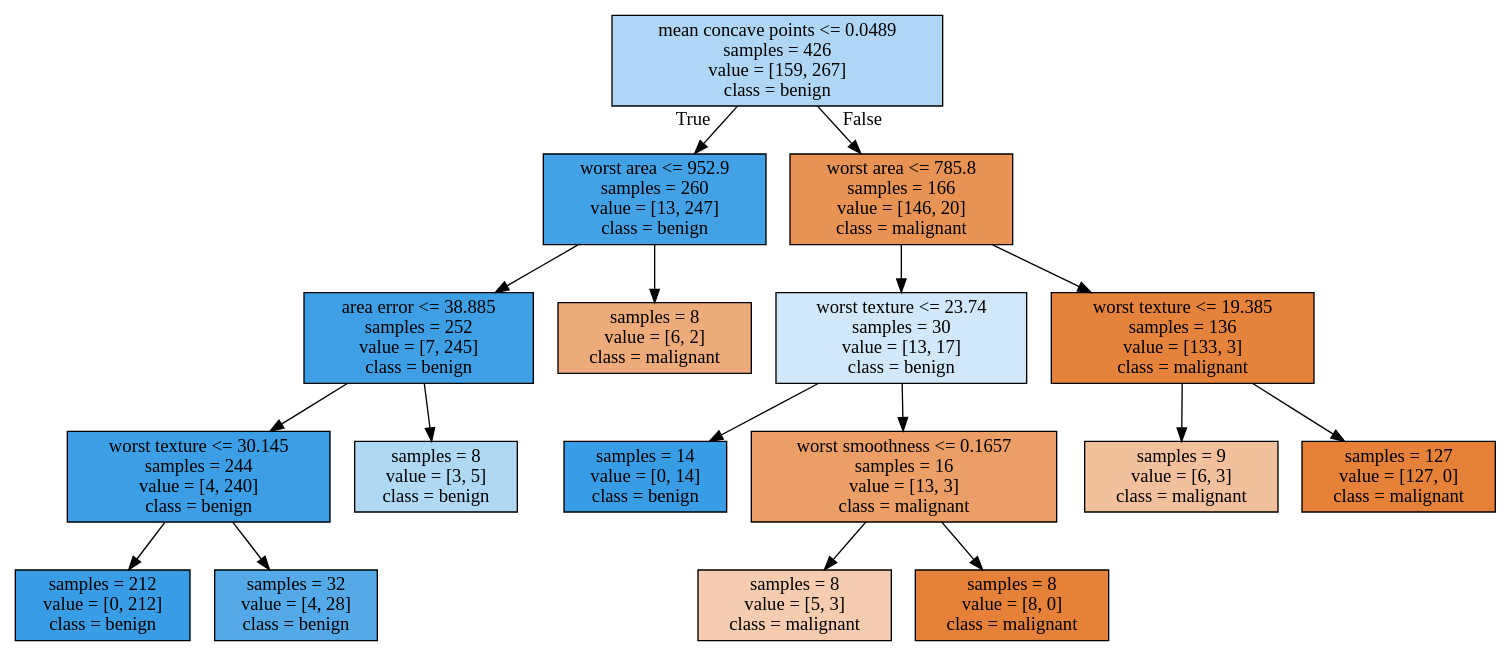
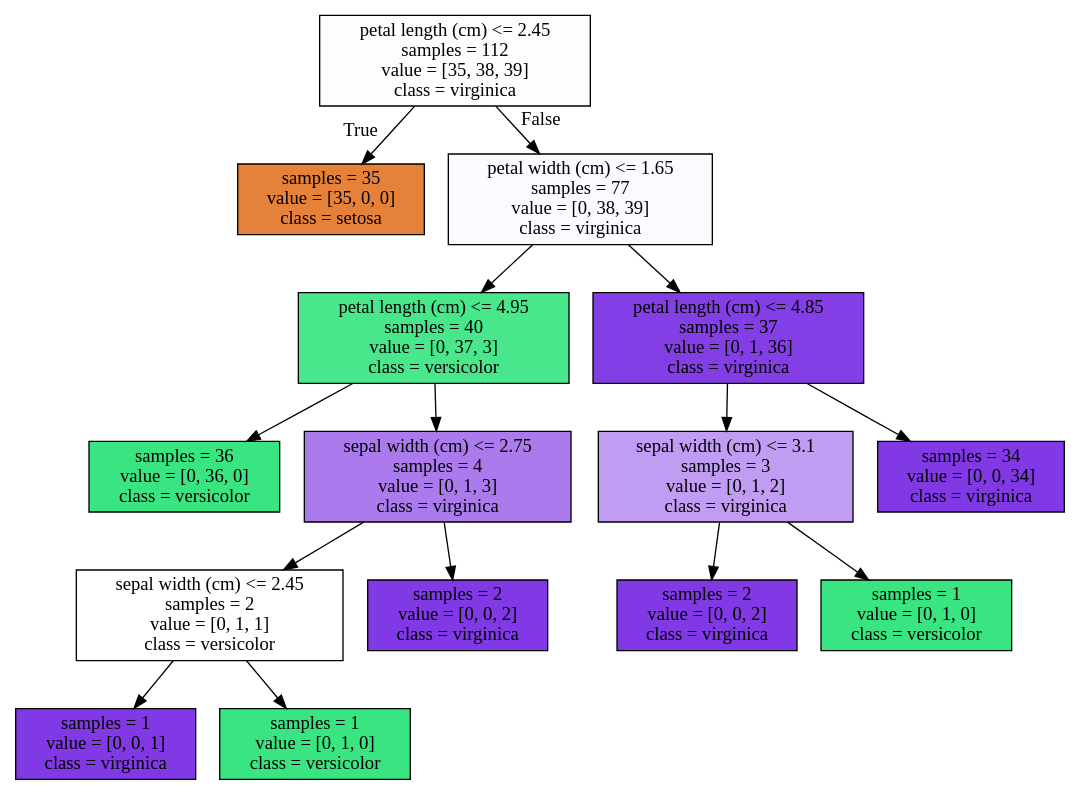
One commit to henriqueumeda/Data-Science-study changed the diagram in UM/03 - Applied Machine Learning in Python/adspy_temp.dot. Above: the diagram before and after it, drawn with Graphviz. The commit also changed 2 other files, not shown here.

```diff
--- a/UM/03 - Applied Machine Learning in Python/adspy_temp.dot
+++ b/UM/03 - Applied Machine Learning in Python/adspy_temp.dot
@@ -1,36 +1,32 @@
 digraph Tree {
 node [shape=box, style="filled", color="black"] ;
-0 [label="mean concave points <= 0.0489\nsamples = 426\nvalue = [159, 267]\nclass = benign", fillcolor="#399de567"] ;
-1 [label="worst area <= 952.9\nsamples = 260\nvalue = [13, 247]\nclass = benign", fillcolor="#399de5f2"] ;
+0 [label="petal length (cm) <= 2.45\nsamples = 112\nvalue = [35, 38, 39]\nclass = virginica", fillcolor="#fdfcff"] ;
+1 [label="samples = 35\nvalue = [35, 0, 0]\nclass = setosa", fillcolor="#e58139"] ;
 0 -> 1 [labeldistance=2.5, labelangle=45, headlabel="True"] ;
-2 [label="area error <= 38.885\nsamples = 252\nvalue = [7, 245]\nclass = benign", fillcolor="#399de5f8"] ;
-1 -> 2 ;
-3 [label="worst texture <= 30.145\nsamples = 244\nvalue = [4, 240]\nclass = benign", fillcolor="#399de5fb"] ;
+2 [label="petal width (cm) <= 1.65\nsamples = 77\nvalue = [0, 38, 39]\nclass = virginica", fillcolor="#fcfafe"] ;
+0 -> 2 [labeldistance=2.5, labelangle=-45, headlabel="False"] ;
+3 [label="petal length (cm) <= 4.95\nsamples = 40\nvalue = [0, 37, 3]\nclass = versicolor", fillcolor="#49e78b"] ;
 2 -> 3 ;
-4 [label="samples = 212\nvalue = [0, 212]\nclass = benign", fillcolor="#399de5ff"] ;
+4 [label="samples = 36\nvalue = [0, 36, 0]\nclass = versicolor", fillcolor="#39e581"] ;
 3 -> 4 ;
-5 [label="samples = 32\nvalue = [4, 28]\nclass = benign", fillcolor="#399de5db"] ;
+5 [label="sepal width (cm) <= 2.75\nsamples = 4\nvalue = [0, 1, 3]\nclass = virginica", fillcolor="#ab7bee"] ;
 3 -> 5 ;
-6 [label="samples = 8\nvalue = [3, 5]\nclass = benign", fillcolor="#399de566"] ;
-2 -> 6 ;
-7 [label="samples = 8\nvalue = [6, 2]\nclass = malignant", fillcolor="#e58139aa"] ;
-1 -> 7 ;
-8 [label="worst area <= 785.8\nsamples = 166\nvalue = [146, 20]\nclass = malignant", fillcolor="#e58139dc"] ;
-0 -> 8 [labeldistance=2.5, labelangle=-45, headlabel="False"] ;
-9 [label="worst texture <= 23.74\nsamples = 30\nvalue = [13, 17]\nclass = benign", fillcolor="#399de53c"] ;
-8 -> 9 ;
-10 [label="samples = 14\nvalue = [0, 14]\nclass = benign", fillcolor="#399de5ff"] ;
-9 -> 10 ;
-11 [label="worst smoothness <= 0.1657\nsamples = 16\nvalue = [13, 3]\nclass = malignant", fillcolor="#e58139c4"] ;
-9 -> 11 ;
-12 [label="samples = 8\nvalue = [5, 3]\nclass = malignant", fillcolor="#e5813966"] ;
+6 [label="sepal width (cm) <= 2.45\nsamples = 2\nvalue = [0, 1, 1]\nclass = versicolor", fillcolor="#ffffff"] ;
+5 -> 6 ;
+7 [label="samples = 1\nvalue = [0, 0, 1]\nclass = virginica", fillcolor="#8139e5"] ;
+6 -> 7 ;
+8 [label="samples = 1\nvalue = [0, 1, 0]\nclass = versicolor", fillcolor="#39e581"] ;
+6 -> 8 ;
+9 [label="samples = 2\nvalue = [0, 0, 2]\nclass = virginica", fillcolor="#8139e5"] ;
+5 -> 9 ;
+10 [label="petal length (cm) <= 4.85\nsamples = 37\nvalue = [0, 1, 36]\nclass = virginica", fillcolor="#843ee6"] ;
+2 -> 10 ;
+11 [label="sepal width (cm) <= 3.1\nsamples = 3\nvalue = [0, 1, 2]\nclass = virginica", fillcolor="#c09cf2"] ;
+10 -> 11 ;
+12 [label="samples = 2\nvalue = [0, 0, 2]\nclass = virginica", fillcolor="#8139e5"] ;
 11 -> 12 ;
-13 [label="samples = 8\nvalue = [8, 0]\nclass = malignant", fillcolor="#e58139ff"] ;
+13 [label="samples = 1\nvalue = [0, 1, 0]\nclass = versicolor", fillcolor="#39e581"] ;
 11 -> 13 ;
-14 [label="worst texture <= 19.385\nsamples = 136\nvalue = [133, 3]\nclass = malignant", fillcolor="#e58139f9"] ;
-8 -> 14 ;
-15 [label="samples = 9\nvalue = [6, 3]\nclass = malignant", fillcolor="#e581397f"] ;
-14 -> 15 ;
-16 [label="samples = 127\nvalue = [127, 0]\nclass = malignant", fillcolor="#e58139ff"] ;
-14 -> 16 ;
+14 [label="samples = 34\nvalue = [0, 0, 34]\nclass = virginica", fillcolor="#8139e5"] ;
+10 -> 14 ;
 }
```
